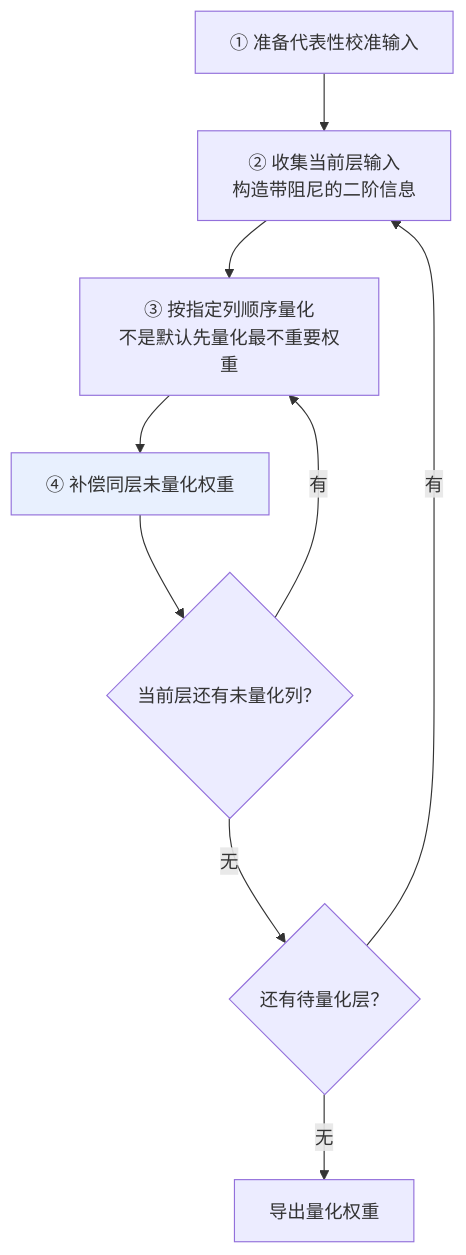
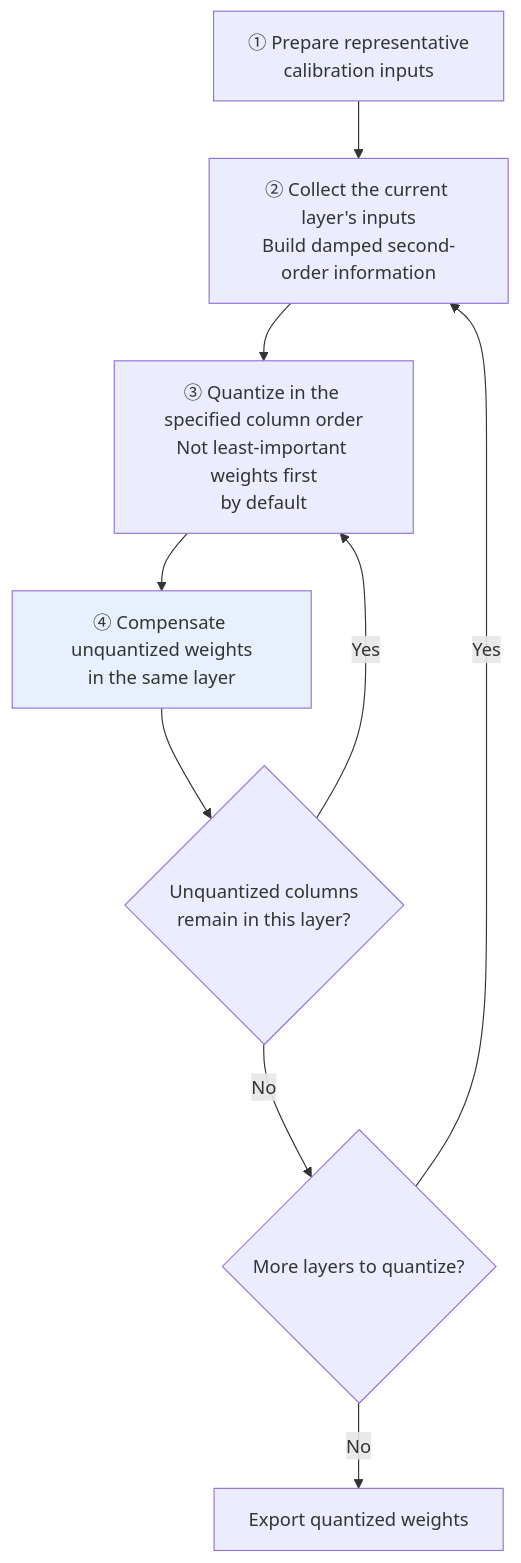
Before and after one commit to oneleaveknowsthefall/awesome-ai-roadmap: the second of 2 diagrams in docs/llm/03-inference-serving/15-quantization.md, drawn with Mermaid. The commit also changed other lines of this file and 92 other files, not shown here.

````diff
--- a/docs/llm/03-inference-serving/15-quantization.md
+++ b/docs/llm/03-inference-serving/15-quantization.md
@@ -150,14 +150,14 @@
 ```mermaid
 flowchart TB
-    S1["① 准备代表性校准输入"]
-    S1 --> S2["② 收集当前层输入<br/>构造带阻尼的二阶信息"]
-    S2 --> S3["③ 按指定列顺序量化<br/>不是默认先量化最不重要权重"]
-    S3 --> S4["④ 补偿同层未量化权重"]
-    S4 --> MORE{"当前层还有未量化列？"}
-    MORE -->|有| S3
-    MORE -->|无| NEXT{"还有待量化层？"}
-    NEXT -->|有| S2
-    NEXT -->|无| DONE["导出量化权重"]
+    S1["① Prepare representative<br/>calibration inputs"]
+    S1 --> S2["② Collect the current layer's inputs<br/>Build damped second-order information"]
+    S2 --> S3["③ Quantize in the specified column order<br/>Not least-important weights first<br/>by default"]
+    S3 --> S4["④ Compensate unquantized weights<br/>in the same layer"]
+    S4 --> MORE{"Unquantized columns<br/>remain in this layer?"}
+    MORE -->|Yes| S3
+    MORE -->|No| NEXT{"More layers to quantize?"}
+    NEXT -->|Yes| S2
+    NEXT -->|No| DONE["Export quantized weights"]
 
     style S4 fill:#e8f0fe
 ```
````
